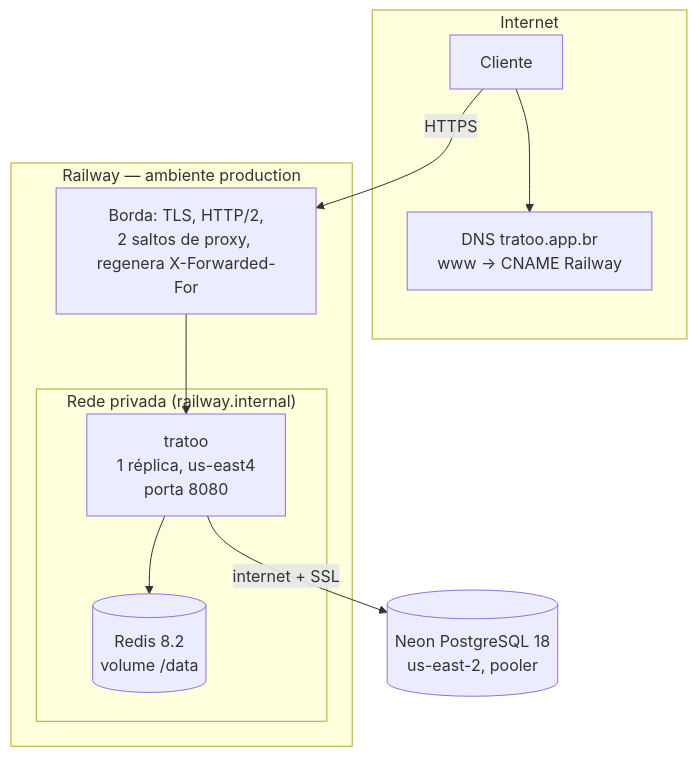
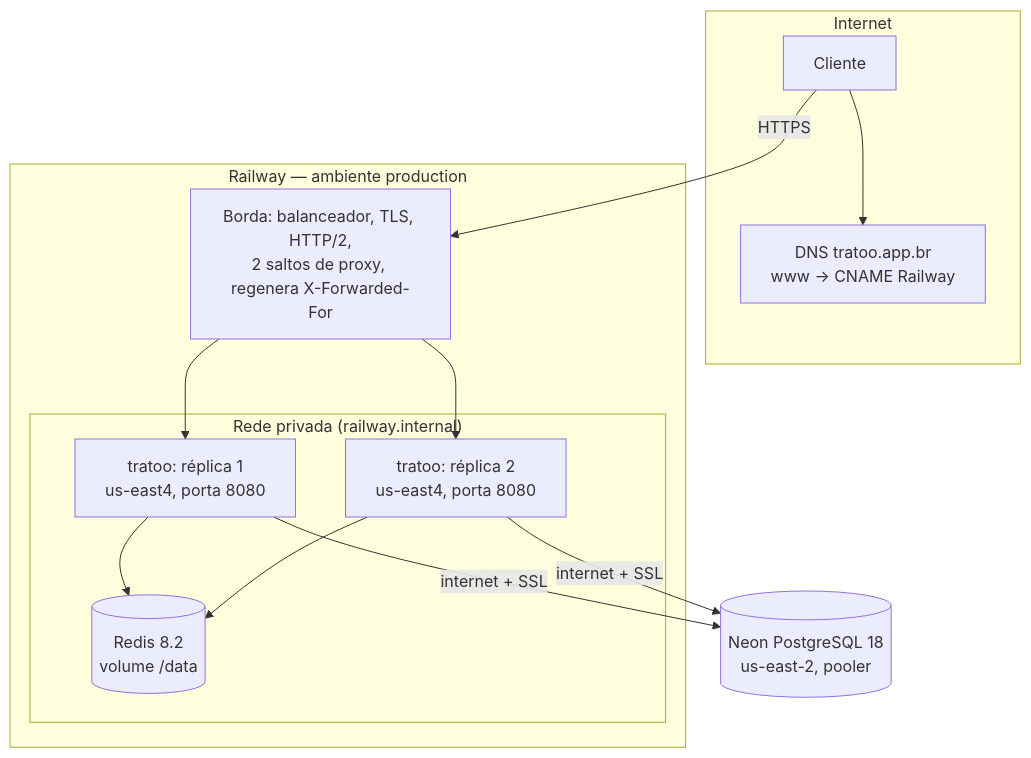
Before and after one commit to Gustavo-C-almeida/tratoo: the fifth of 9 diagrams in Docs/ARQUITETURA.md, drawn with Mermaid. The commit also changed other lines of this file and 4 other files, not shown here.

````diff
--- a/Docs/ARQUITETURA.md
+++ b/Docs/ARQUITETURA.md
@@ -428,19 +437,24 @@
 ```mermaid
 flowchart TB
     subgraph Internet
         C["Cliente"]
         DNS["DNS tratoo.app.br<br/>www → CNAME Railway"]
     end
     subgraph Railway["Railway — ambiente production"]
-        EDGE["Borda: TLS, HTTP/2,<br/>2 saltos de proxy, regenera X-Forwarded-For"]
+        EDGE["Borda: balanceador, TLS, HTTP/2,<br/>2 saltos de proxy, regenera X-Forwarded-For"]
         subgraph Privada["Rede privada (railway.internal)"]
-            API["tratoo<br/>1 réplica, us-east4<br/>porta 8080"]
+            API1["tratoo: réplica 1<br/>us-east4, porta 8080"]
+            API2["tratoo: réplica 2<br/>us-east4, porta 8080"]
             RED[("Redis 8.2<br/>volume /data")]
         end
     end
     NEON[("Neon PostgreSQL 18<br/>us-east-2, pooler")]
     C --> DNS
-    C -->|HTTPS| EDGE --> API
-    API --> RED
-    API -->|"internet + SSL"| NEON
+    C -->|HTTPS| EDGE
+    EDGE --> API1
+    EDGE --> API2
+    API1 --> RED
+    API2 --> RED
+    API1 -->|"internet + SSL"| NEON
+    API2 -->|"internet + SSL"| NEON
 ```
````
